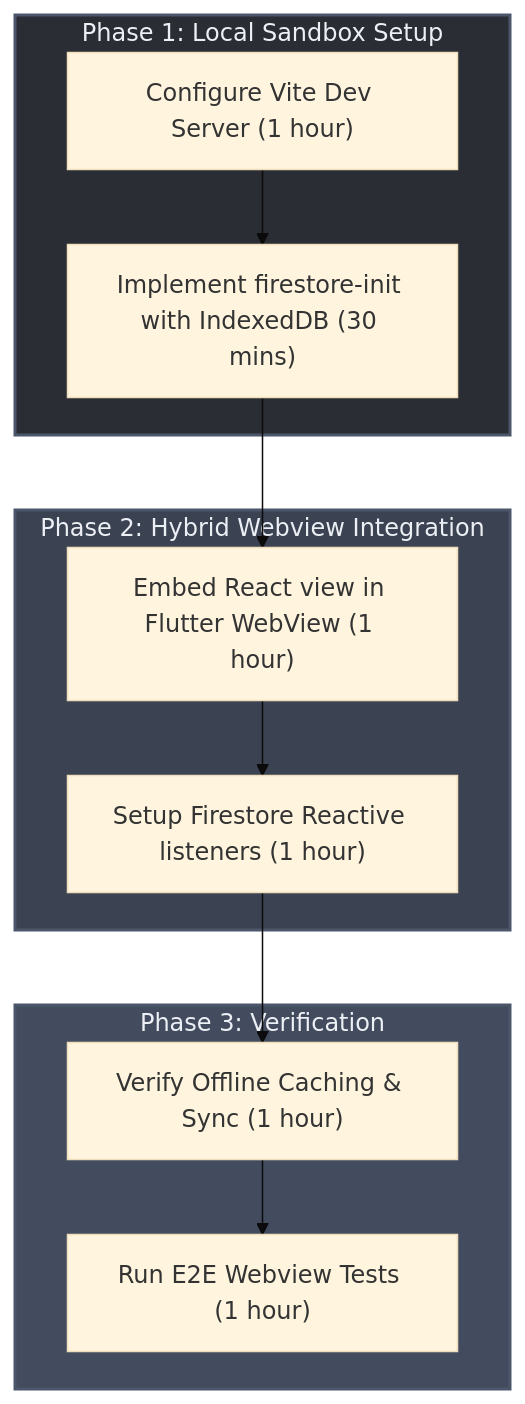
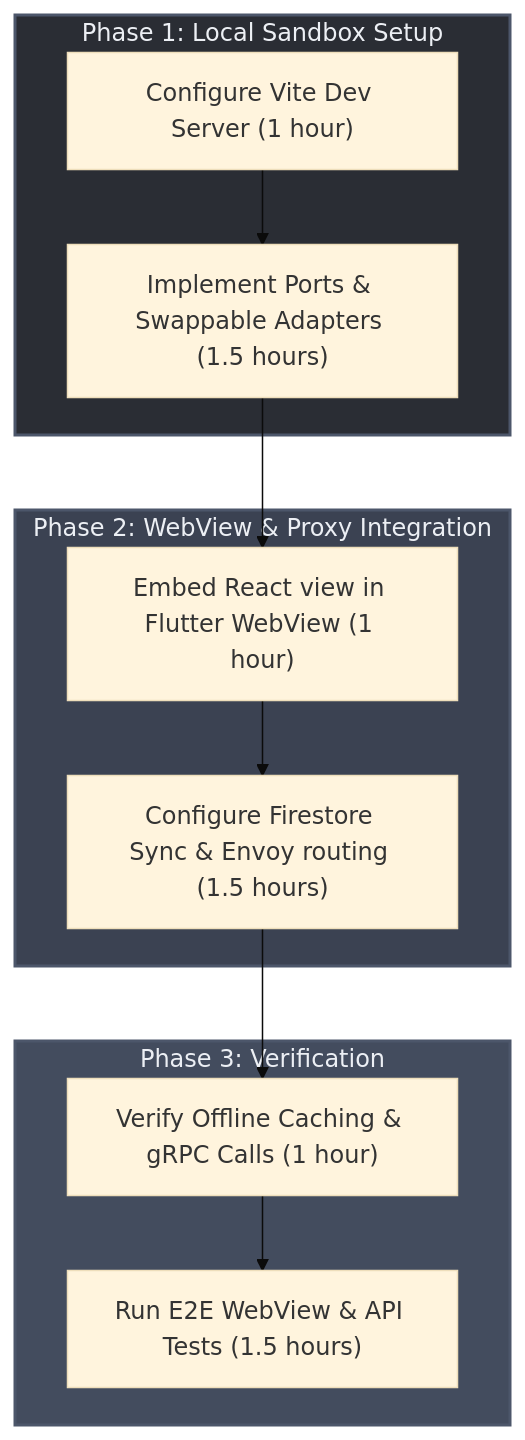
The second of 2 diagrams in docs/decisions/react_firestore_deployment_blueprint.md (gintatkinson/digital-pipeline-repo), drawn with Mermaid (base theme) before and after one commit. The commit also changed other lines of this file, not shown here.

Commit message:
docs: align blueprint implementation action plan with swappable adapters

````diff
--- a/docs/decisions/react_firestore_deployment_blueprint.md
+++ b/docs/decisions/react_firestore_deployment_blueprint.md
@@ -219,16 +219,16 @@
 ```mermaid
 flowchart TD
     subgraph P1 ["Phase 1: Local Sandbox Setup"]
-        p1_1["Configure Vite Dev Server (1 hour)"] --> p1_2["Implement firestore-init with IndexedDB (30 mins)"]
+        p1_1["Configure Vite Dev Server (1 hour)"] --> p1_2["Implement Ports & Swappable Adapters (1.5 hours)"]
     end
-    subgraph P2 ["Phase 2: Hybrid Webview Integration"]
-        p1_2 --> p2_1["Embed React view in Flutter WebView (1 hour)"] --> p2_2["Setup Firestore Reactive listeners (1 hour)"]
+    subgraph P2 ["Phase 2: WebView & Proxy Integration"]
+        p1_2 --> p2_1["Embed React view in Flutter WebView (1 hour)"] --> p2_2["Configure Firestore Sync & Envoy routing (1.5 hours)"]
     end
     subgraph P3 ["Phase 3: Verification"]
-        p2_2 --> p3_1["Verify Offline Caching & Sync (1 hour)"] --> p3_2["Run E2E Webview Tests (1 hour)"]
+        p2_2 --> p3_1["Verify Offline Caching & gRPC Calls (1 hour)"] --> p3_2["Run E2E WebView & API Tests (1.5 hours)"]
     end
     
     style P1 fill:#2A2D34,stroke:#4C566A,stroke-width:2px,color:#ECEFF4
     style P2 fill:#3B4252,stroke:#4C566A,stroke-width:2px,color:#ECEFF4
     style P3 fill:#434C5E,stroke:#4C566A,stroke-width:2px,color:#ECEFF4
 ```
````
